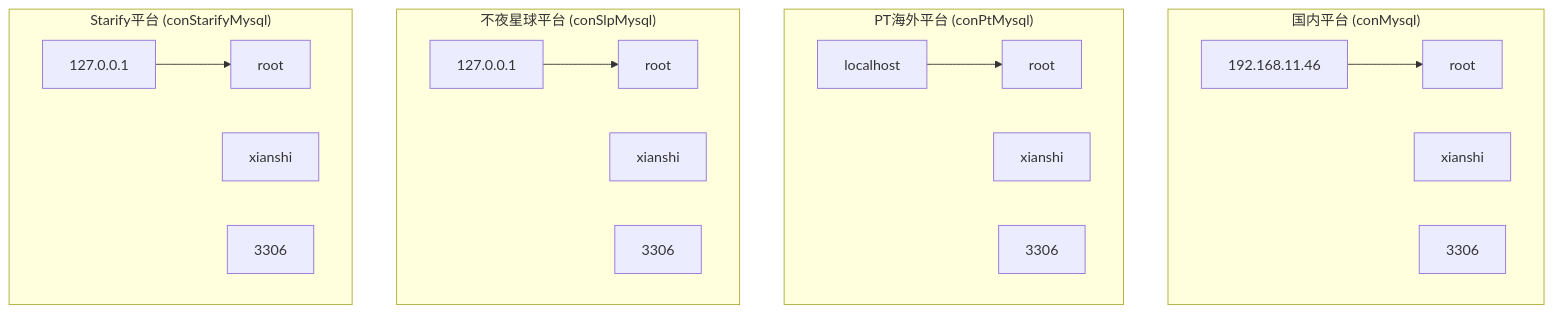
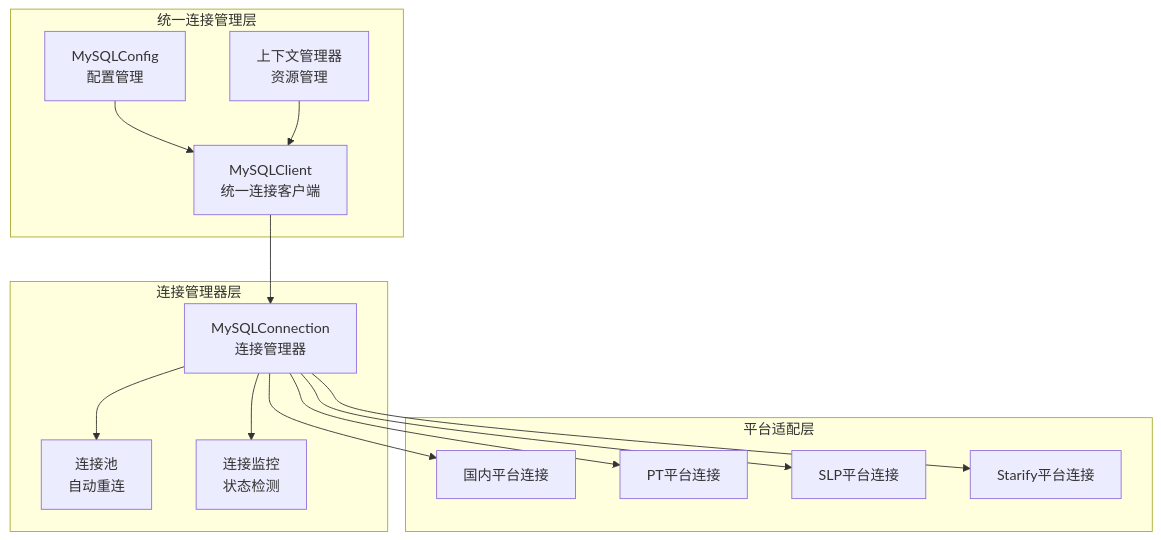
The fourth of 16 diagrams in .qoder/repowiki/zh/content/数据库管理/MySQL连接管理.md (liximing1-ola/qa-payTest), drawn with Mermaid before and after one commit. The commit also changed other lines of this file and 6 other files, not shown here.

````diff
--- a/.qoder/repowiki/zh/content/数据库管理/MySQL连接管理.md
+++ b/.qoder/repowiki/zh/content/数据库管理/MySQL连接管理.md
@@ -157,31 +179,28 @@
 ```mermaid
 graph TB
-subgraph "国内平台 (conMysql)"
-DOM_HOST[192.168.11.46]
-DOM_USER[root]
-DOM_DB[xianshi]
-DOM_PORT[3306]
+subgraph "统一连接管理层"
+CLIENT[MySQLClient<br/>统一连接客户端]
+CONFIG[MySQLConfig<br/>配置管理]
+CONTEXT[上下文管理器<br/>资源管理]
 end
-subgraph "PT海外平台 (conPtMysql)"
-PT_HOST[localhost]
-PT_USER[root]
-PT_DB[xianshi]
-PT_PORT[3306]
+subgraph "连接管理器层"
+MANAGER[MySQLConnection<br/>连接管理器]
+POOL[连接池<br/>自动重连]
+MONITOR[连接监控<br/>状态检测]
 end
-subgraph "不夜星球平台 (conSlpMysql)"
-SLP_HOST[127.0.0.1]
-SLP_USER[root]
-SLP_DB[xianshi]
-SLP_PORT[3306]
+subgraph "平台适配层"
+DOM[国内平台连接]
+PT[PT平台连接]
+SLP[SLP平台连接]
+STAR[Starify平台连接]
 end
-subgraph "Starify平台 (conStarifyMysql)"
-STAR_HOST[127.0.0.1]
-STAR_USER[root]
-STAR_DB[xianshi]
-STAR_PORT[3306]
-end
-DOM_HOST --> DOM_USER
-PT_HOST --> PT_USER
-SLP_HOST --> SLP_USER
-STAR_HOST --> STAR_USER
+CLIENT --> MANAGER
+CONFIG --> CLIENT
+CONTEXT --> CLIENT
+MANAGER --> POOL
+MANAGER --> MONITOR
+MANAGER --> DOM
+MANAGER --> PT
+MANAGER --> SLP
+MANAGER --> STAR
 ```
````
